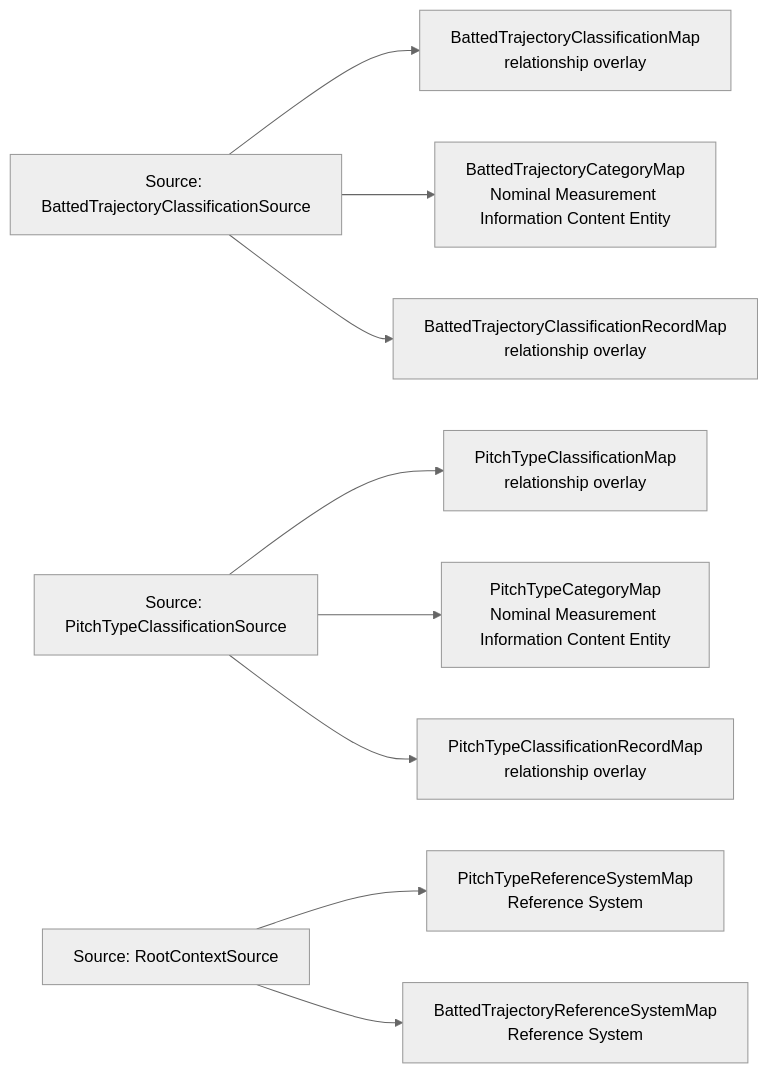
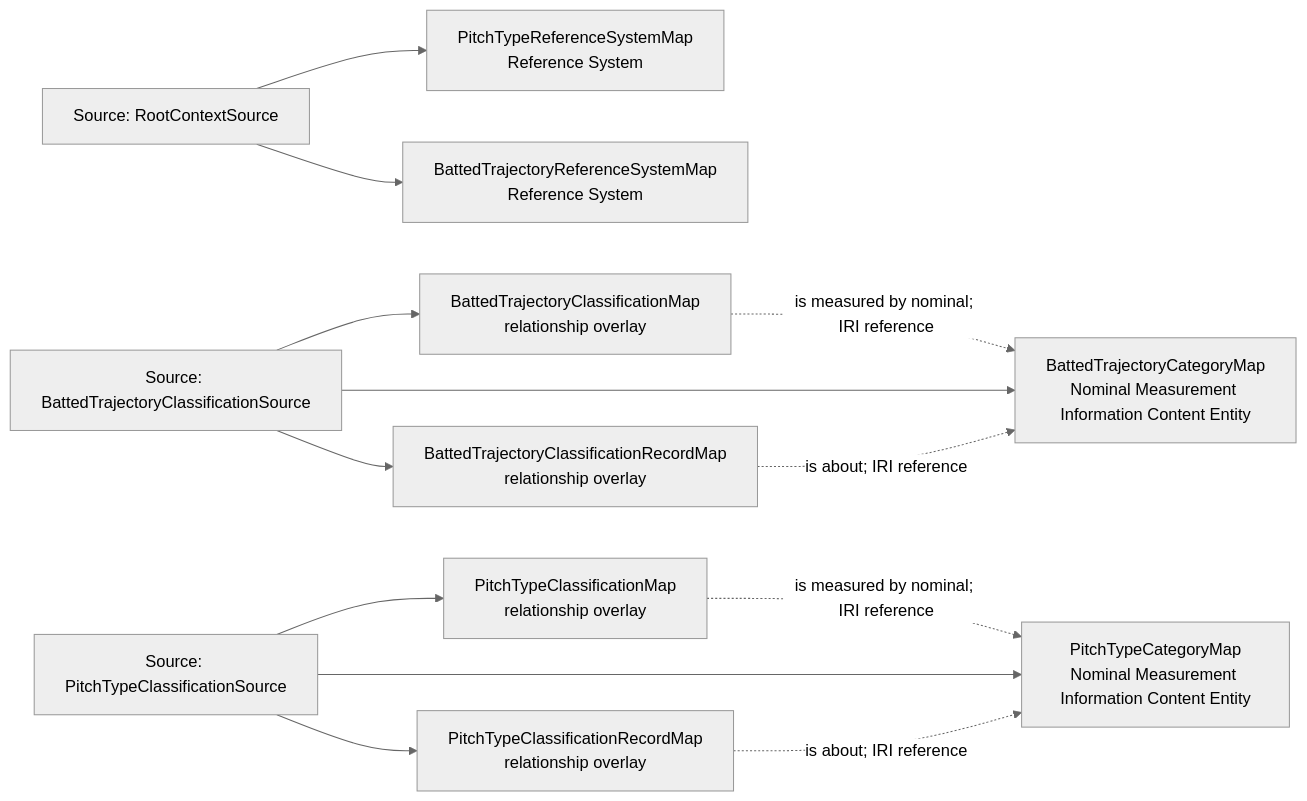
The diagram in Baseball/mermaid/patterns/mlb-game/26-nominal-pitch-and-trajectory-classification.md (CarterBeauBenson/BaseballO), drawn with Mermaid (neutral theme) before and after one commit. The commit also changed other lines of this file and 152 other files, not shown here.

````diff
--- a/Baseball/mermaid/patterns/mlb-game/26-nominal-pitch-and-trajectory-classification.md
+++ b/Baseball/mermaid/patterns/mlb-game/26-nominal-pitch-and-trajectory-classification.md
@@ -10,22 +10,26 @@
 ```mermaid
 flowchart LR
     S01["Source: BattedTrajectoryClassificationSource"]
     S02["Source: PitchTypeClassificationSource"]
     S03["Source: RootContextSource"]
     M01["PitchTypeReferenceSystemMap<br/>Reference System"]
     M02["PitchTypeClassificationMap<br/>relationship overlay"]
     M03["PitchTypeCategoryMap<br/>Nominal Measurement Information Content Entity"]
     M04["PitchTypeClassificationRecordMap<br/>relationship overlay"]
     M05["BattedTrajectoryReferenceSystemMap<br/>Reference System"]
     M06["BattedTrajectoryClassificationMap<br/>relationship overlay"]
     M07["BattedTrajectoryCategoryMap<br/>Nominal Measurement Information Content Entity"]
     M08["BattedTrajectoryClassificationRecordMap<br/>relationship overlay"]
     S03 --> M01
     S02 --> M02
     S02 --> M03
     S02 --> M04
     S03 --> M05
     S01 --> M06
     S01 --> M07
     S01 --> M08
+    M02 -.->|is measured by nominal; IRI reference| M03
+    M04 -.->|is about; IRI reference| M03
+    M06 -.->|is measured by nominal; IRI reference| M07
+    M08 -.->|is about; IRI reference| M07
 ```
````
